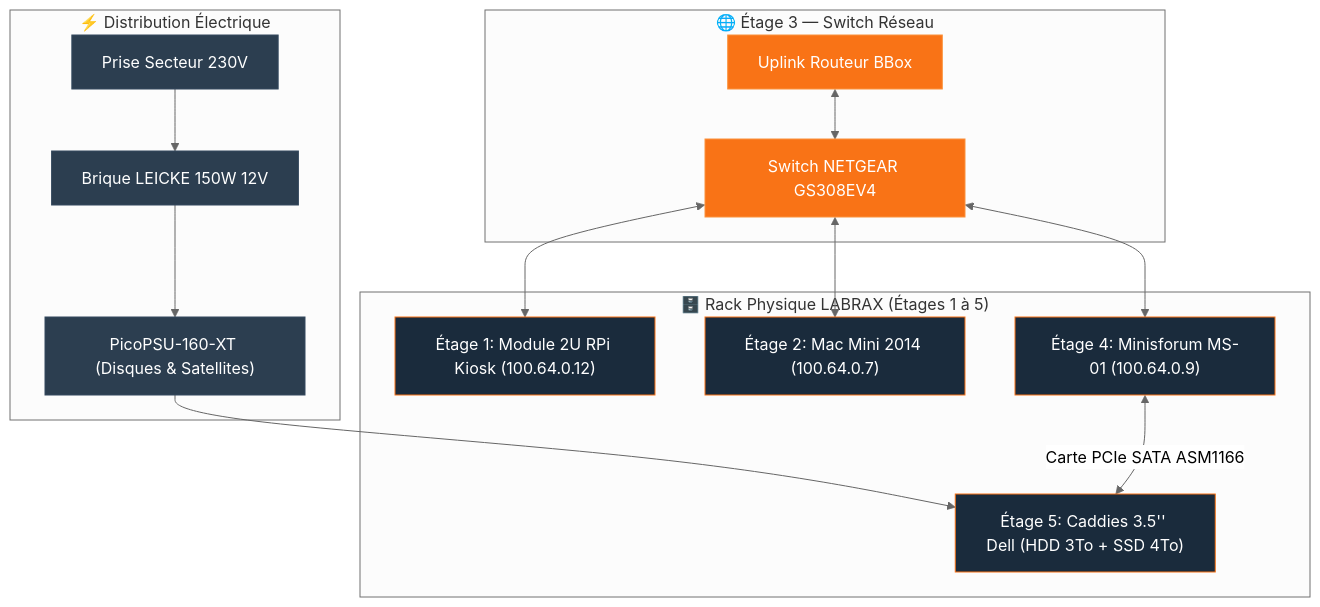
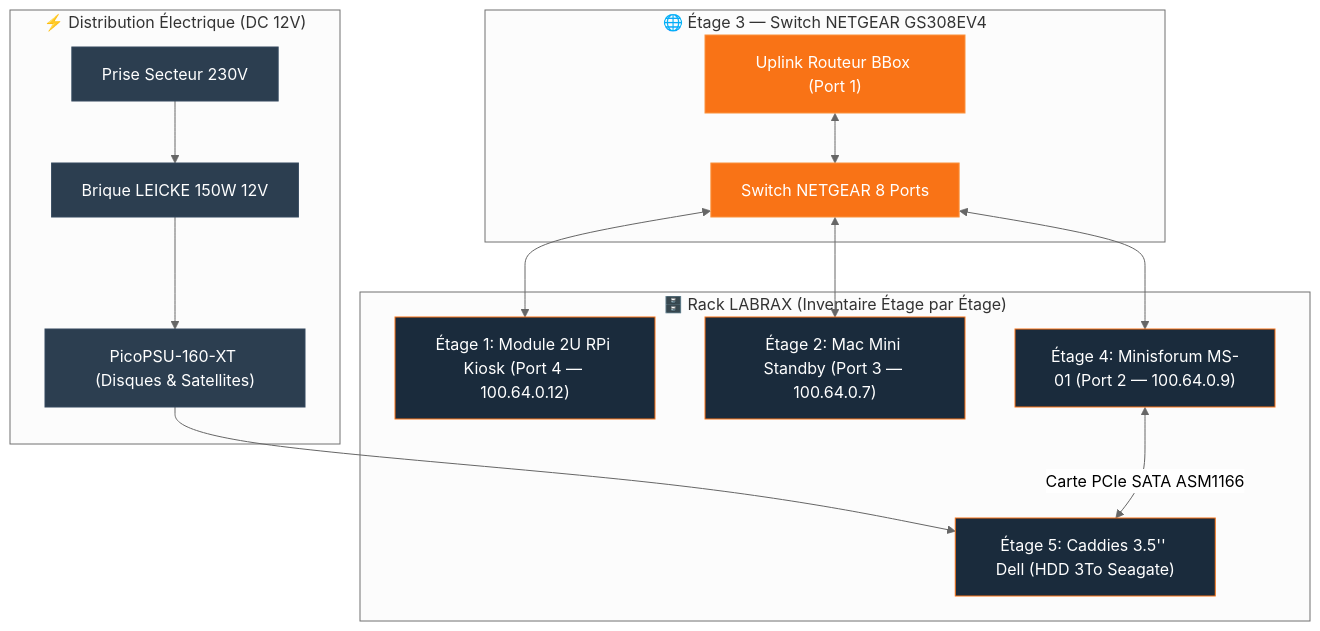
Before and after one commit to ims-world/docs: the diagram in infrastructure/labrax.md, drawn with Mermaid (neutral theme). The commit also changed other lines of this file, not shown here.

Commit message:
fix(labrax): suppression des duplications d'images/specs avec les fiches RPi, MS-01, Mac Mini et NAS (respect du principe SSOT)

````diff
--- a/infrastructure/labrax.md
+++ b/infrastructure/labrax.md
@@ -118,37 +59,37 @@
 ```mermaid
 graph TB
-    subgraph POWER ["⚡ Distribution Électrique"]
+    subgraph POWER ["⚡ Distribution Électrique (DC 12V)"]
         SECTEUR["Prise Secteur 230V"]
         LEICKE["Brique LEICKE 150W 12V"]
         PICO["PicoPSU-160-XT (Disques & Satellites)"]
         SECTEUR --> LEICKE
         LEICKE --> PICO
     end
 
-    subgraph SWITCH ["🌐 Étage 3 — Switch Réseau"]
-        NETGEAR["Switch NETGEAR GS308EV4"]
-        BBOX["Uplink Routeur BBox"]
+    subgraph SWITCH ["🌐 Étage 3 — Switch NETGEAR GS308EV4"]
+        NETGEAR["Switch NETGEAR 8 Ports"]
+        BBOX["Uplink Routeur BBox (Port 1)"]
         BBOX <--> NETGEAR
     end
 
-    subgraph SLOTS ["🗄️ Rack Physique LABRAX (Étages 1 à 5)"]
-        RPI["Étage 1: Module 2U RPi Kiosk (100.64.0.12)"]
-        MAC_MINI["Étage 2: Mac Mini 2014 (100.64.0.7)"]
-        MS01["Étage 4: Minisforum MS-01 (100.64.0.9)"]
-        HDD_DISKS["Étage 5: Caddies 3.5'' Dell (HDD 3To + SSD 4To)"]
+    subgraph SLOTS ["🗄️ Rack LABRAX (Inventaire Étage par Étage)"]
+        RPI["Étage 1: Module 2U RPi Kiosk (Port 4 — 100.64.0.12)"]
+        MAC_MINI["Étage 2: Mac Mini Standby (Port 3 — 100.64.0.7)"]
+        MS01["Étage 4: Minisforum MS-01 (Port 2 — 100.64.0.9)"]
+        HDD_DISKS["Étage 5: Caddies 3.5'' Dell (HDD 3To Seagate)"]
     end
 
     NETGEAR <--> MS01
     NETGEAR <--> MAC_MINI
     NETGEAR <--> RPI
 
     PICO --> HDD_DISKS
     MS01 <-->|Carte PCIe SATA ASM1166| HDD_DISKS
 
     classDef pwr fill:#2c3e50,stroke:#34495e,color:#fff;
     classDef net fill:#F97316,stroke:#FB923C,color:#fff;
     classDef node fill:#1a2b3c,stroke:#F97316,color:#fff;
     class SECTEUR,LEICKE,PICO pwr;
     class NETGEAR,BBOX net;
     class MS01,MAC_MINI,RPI,HDD_DISKS node;
 ```
````
